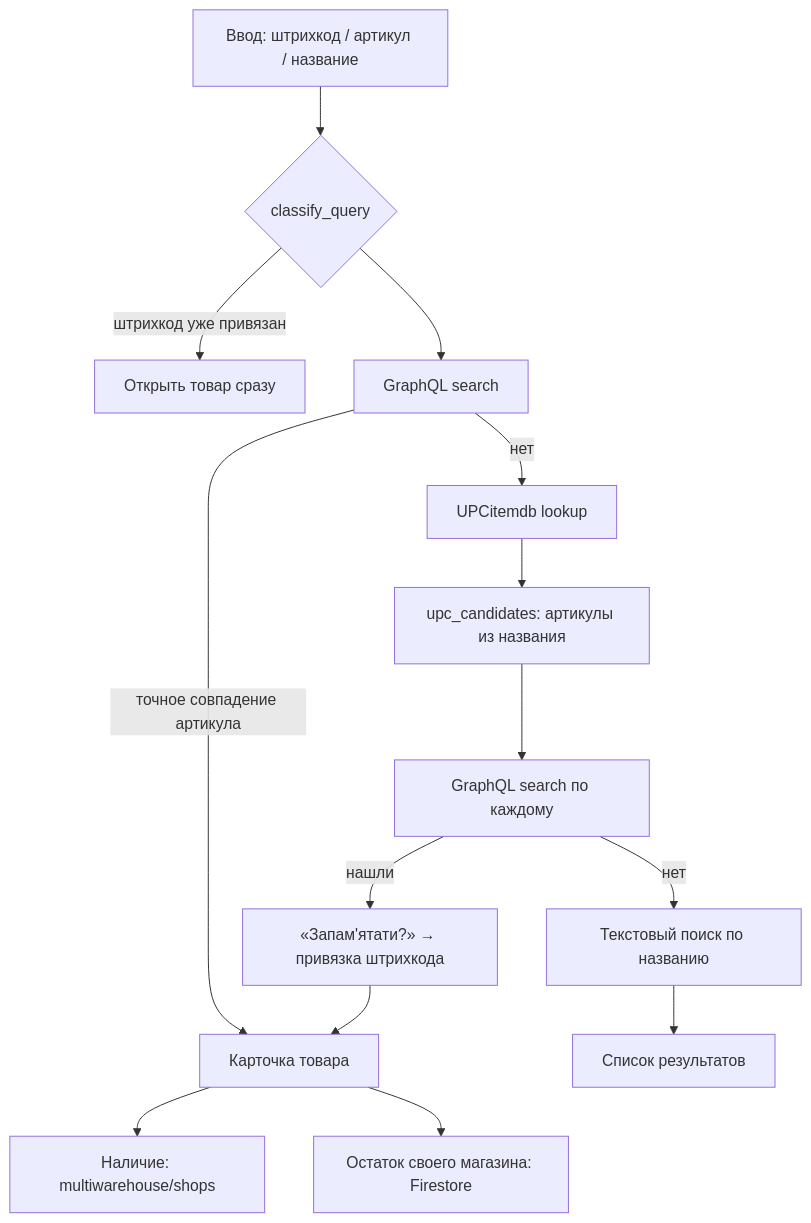
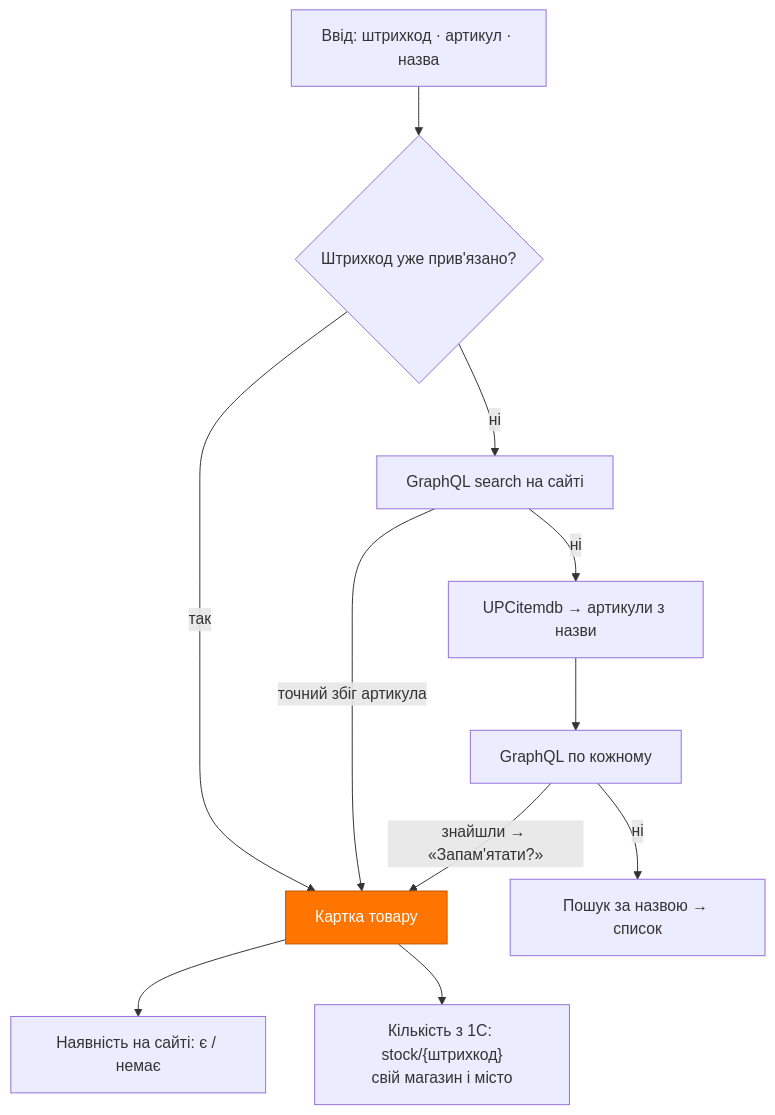
One commit to Nikifor3663636/chudoskan changed the fourth of 10 diagrams in ARCHITECTURE.md. Above: the diagram before and after it, drawn with Mermaid. The commit also changed other lines of this file and 1 other file, not shown here.

First line of the commit message:
README і ARCHITECTURE: новий вигляд, діаграми, актуальний стан 3.0

````diff
--- a/ARCHITECTURE.md
+++ b/ARCHITECTURE.md
@@ -191,16 +174,15 @@
 ```mermaid
 flowchart TD
-    in[Ввод: штрихкод / артикул / название] --> cls{classify_query}
-    cls -->|штрихкод уже привязан| saved[Открыть товар сразу]
-    cls --> site[GraphQL search]
-    site -->|точное совпадение артикула| card[Карточка товара]
-    site -->|нет| upc[UPCitemdb lookup]
-    upc --> cand[upc_candidates: артикулы из названия]
-    cand --> site2[GraphQL search по каждому]
-    site2 -->|нашли| remember[«Запам'ятати?» → привязка штрихкода]
-    remember --> card
-    site2 -->|нет| text[Текстовый поиск по названию]
-    text --> list[Список результатов]
-    card --> shops[Наличие: multiwarehouse/shops]
-    card --> stock[Остаток своего магазина: Firestore]
+    in["Ввід: штрихкод · артикул · назва"] --> saved{"Штрихкод уже прив'язано?"}
+    saved -->|так| card
+    saved -->|ні| site["GraphQL search на сайті"]
+    site -->|"точний збіг артикула"| card["Картка товару"]
+    site -->|ні| upc["UPCitemdb → артикули з назви"] --> site2["GraphQL по кожному"]
+    site2 -->|"знайшли → «Запам'ятати?»"| card
+    site2 -->|ні| text["Пошук за назвою → список"]
+    card --> avail["Наявність на сайті: є / немає"]
+    card --> qty["Кількість з 1С: stock/{штрихкод}<br/>свій магазин і місто"]
+
+    classDef brand fill:#FF7500,stroke:#C25500,color:#fff;
+    class card brand;
 ```
````
